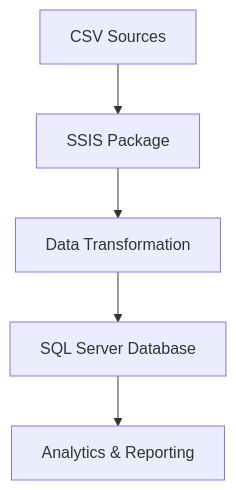
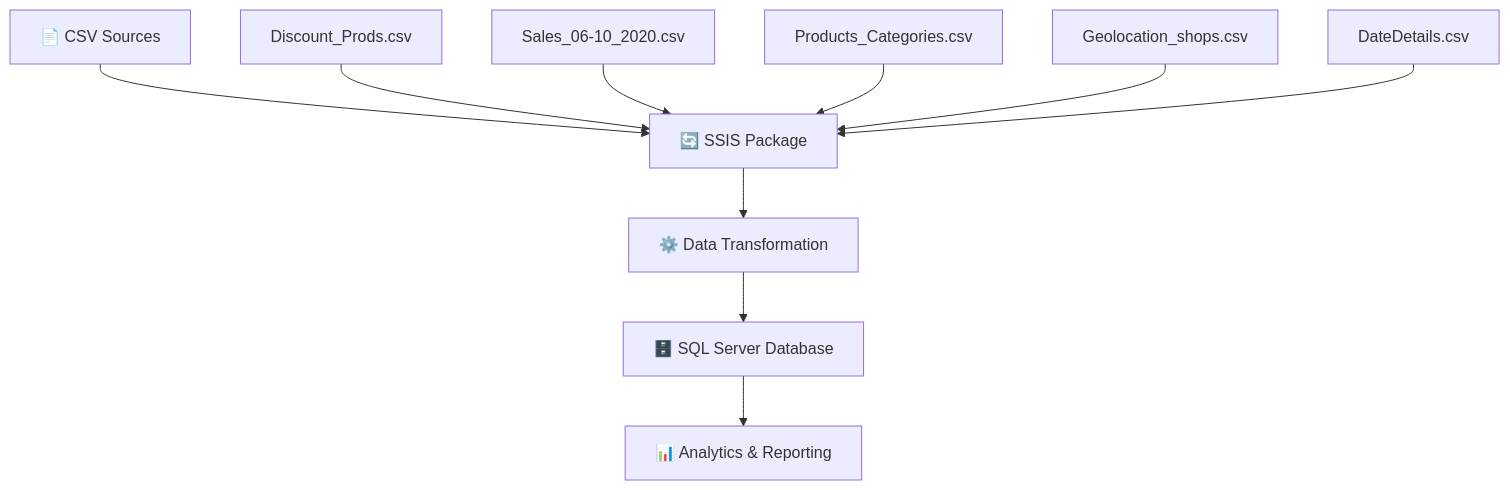
Before and after one commit to Kwameldx666/EndavaConcurs: the first of 2 diagrams in README.md, drawn with Mermaid. The commit also changed other lines of this file, not shown here.

Commit message:
Enhance README with architecture diagrams, sample queries, and comprehensive documentation

````diff
--- a/README.md
+++ b/README.md
@@ -129,7 +129,13 @@
 ```mermaid
 graph TD
-    A[CSV Sources] --> B[SSIS Package]
-    B --> C[Data Transformation]
-    C --> D[SQL Server Database]
-    D --> E[Analytics & Reporting]
+    A[📄 CSV Sources] --> B[🔄 SSIS Package]
+    B --> C[⚙️ Data Transformation]
+    C --> D[🗄️ SQL Server Database]
+    D --> E[📊 Analytics & Reporting]
+    
+    A1[Discount_Prods.csv] --> B
+    A2[Sales_06-10_2020.csv] --> B
+    A3[Products_Categories.csv] --> B
+    A4[Geolocation_shops.csv] --> B
+    A5[DateDetails.csv] --> B
 ```
````
